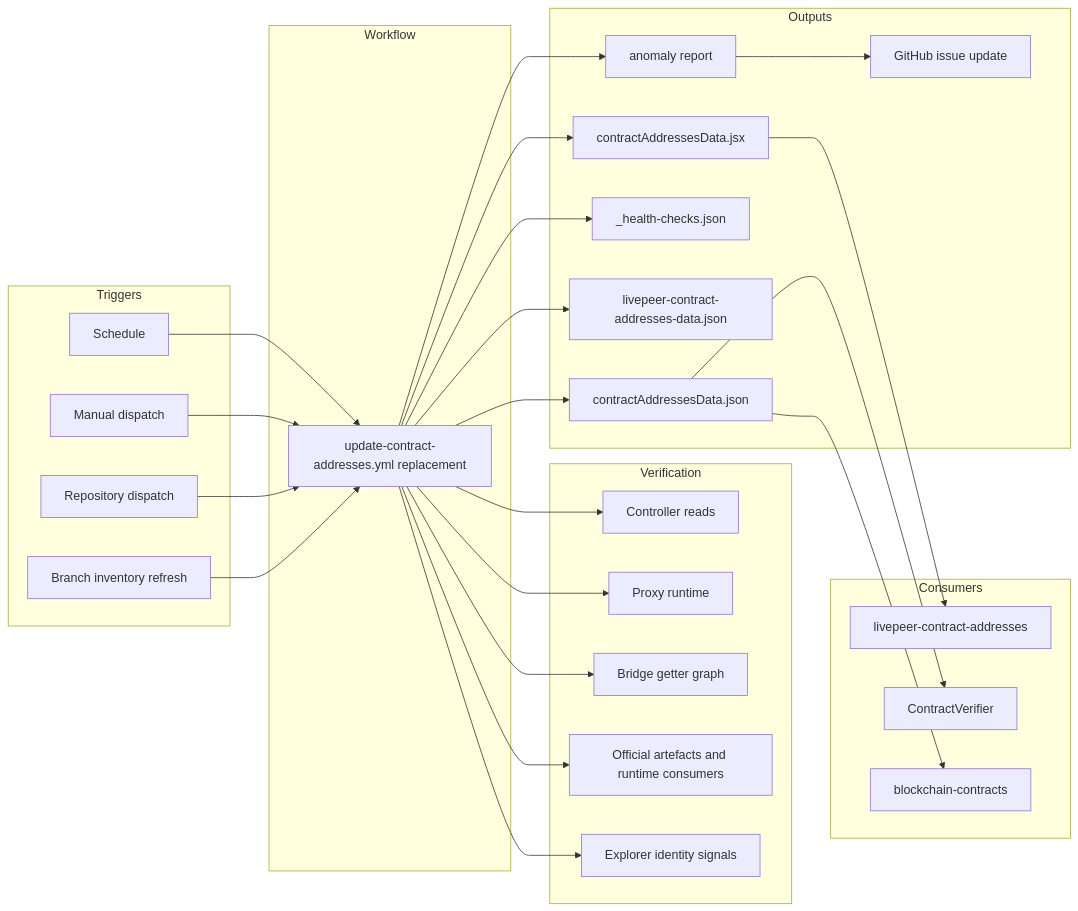
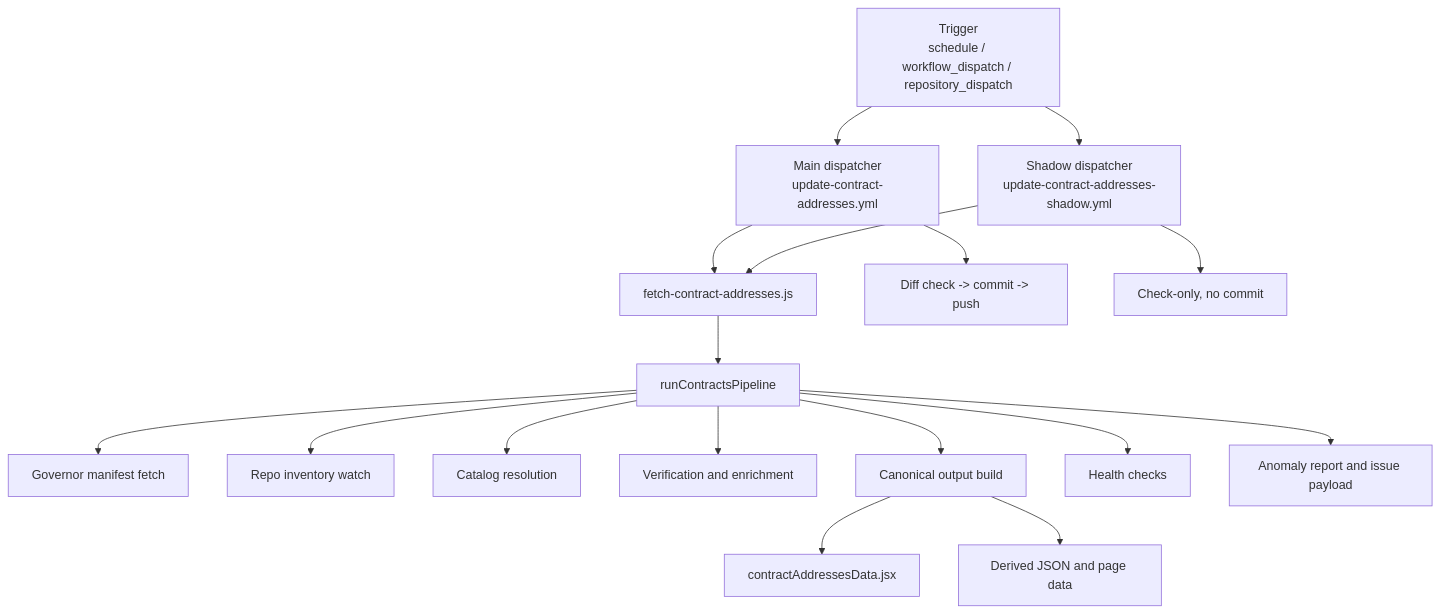
Before and after one commit to its-DeFine/docs: the diagram in workspace/plan/active/CONTRACTS/Canonical/automation-integrations-update-contract-addresses.mdx, drawn with Mermaid. The commit also changed other lines of this file and 89 other files, not shown here.

````diff
--- a/workspace/plan/active/CONTRACTS/Canonical/automation-integrations-update-contract-addresses.mdx
+++ b/workspace/plan/active/CONTRACTS/Canonical/automation-integrations-update-contract-addresses.mdx
@@ -46,55 +50,19 @@
 ```mermaid
-graph LR
-    subgraph Triggers
-        A[Schedule]
-        B[Manual dispatch]
-        C[Repository dispatch]
-        D[Branch inventory refresh]
-    end
-
-    subgraph Workflow
-        E[update-contract-addresses.yml replacement]
-    end
-
-    subgraph Verification
-        F[Controller reads]
-        G[Proxy runtime]
-        H[Bridge getter graph]
-        I[Official artefacts and runtime consumers]
-        J[Explorer identity signals]
-    end
-
-    subgraph Outputs
-        K[contractAddressesData.jsx]
-        L[contractAddressesData.json]
-        M[_health-checks.json]
-        N[livepeer-contract-addresses-data.json]
-        O[anomaly report]
-        S[GitHub issue update]
-    end
-
-    subgraph Consumers
-        P[livepeer-contract-addresses]
-        Q[ContractVerifier]
-        R[blockchain-contracts]
-    end
-
-    A --> E
-    B --> E
-    C --> E
-    D --> E
-    E --> F
-    E --> G
-    E --> H
-    E --> I
-    E --> J
-    E --> K
-    E --> L
-    E --> M
-    E --> N
-    E --> O
-    O --> S
-    K --> P
-    L --> Q
-    L --> R
+flowchart TD
+    A[Trigger<br/>schedule / workflow_dispatch / repository_dispatch] --> B[Main dispatcher<br/>update-contract-addresses.yml]
+    A --> C[Shadow dispatcher<br/>update-contract-addresses-shadow.yml]
+    B --> D[fetch-contract-addresses.js]
+    C --> D
+    D --> E[runContractsPipeline]
+    E --> F[Governor manifest fetch]
+    E --> G[Repo inventory watch]
+    E --> H[Catalog resolution]
+    E --> I[Verification and enrichment]
+    E --> J[Canonical output build]
+    J --> K[contractAddressesData.jsx]
+    J --> L[Derived JSON and page data]
+    E --> M[Health checks]
+    E --> N[Anomaly report and issue payload]
+    B --> O[Diff check -> commit -> push]
+    C --> P[Check-only, no commit]
 ```
````
